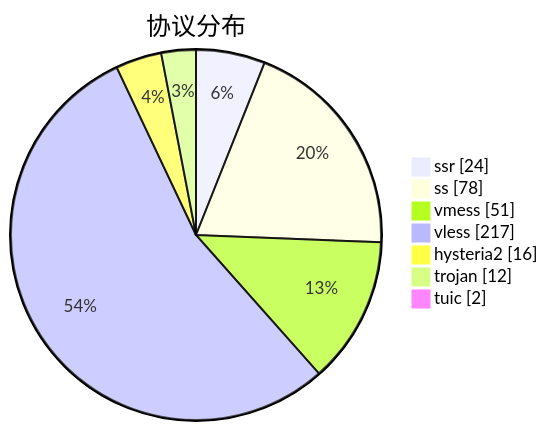
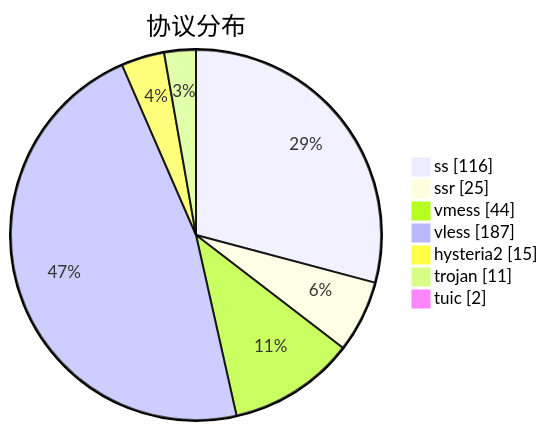
One commit to qjlxg/airport changed the third of 3 diagrams in subs/statistics/tested_within.md. Above: the diagram before and after it, drawn with Mermaid. The commit also changed other lines of this file and 2 other files, not shown here.

````diff
--- a/subs/statistics/tested_within.md
+++ b/subs/statistics/tested_within.md
@@ -33,11 +35,11 @@
 ```mermaid
 pie showData
 title 协议分布
-"ssr" : 24
-"ss" : 78
-"vmess" : 51
-"vless" : 217
-"hysteria2" : 16
-"trojan" : 12
+"ss" : 116
+"ssr" : 25
+"vmess" : 44
+"vless" : 187
+"hysteria2" : 15
+"trojan" : 11
 "tuic" : 2
 ```
````
